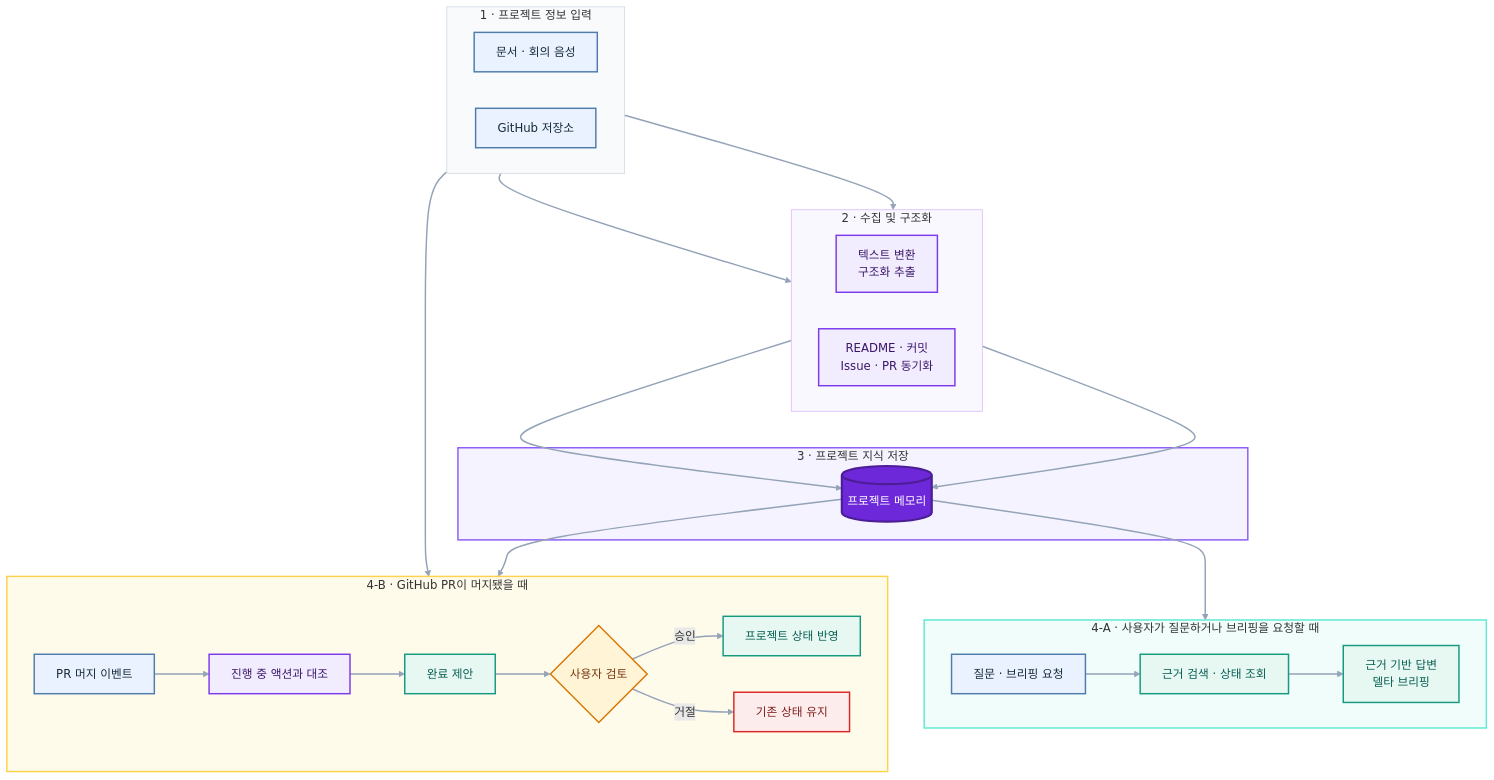
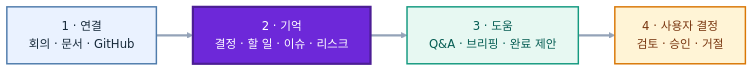
One commit to SKNETWORKS-FAMILY-AICAMP/SKN30-4th-1Team changed the first of 2 diagrams in README.md. Above: the diagram before and after it, drawn with Mermaid. The commit also changed other lines of this file, not shown here.

Commit message:
docs: distinguish product flow from AI architecture

````diff
--- a/README.md
+++ b/README.md
@@ -90,70 +90,20 @@
 ```mermaid
-flowchart TB
-    subgraph Sources["1 · 프로젝트 정보 입력"]
-        direction LR
-        DOC["문서 · 회의 음성"]
-        GH["GitHub 저장소"]
-    end
+flowchart LR
+    CONNECT["1 · 연결<br/>회의 · 문서 · GitHub"]
+    REMEMBER["2 · 기억<br/>결정 · 할 일 · 이슈 · 리스크"]
+    ASSIST["3 · 도움<br/>Q&A · 브리핑 · 완료 제안"]
+    DECIDE["4 · 사용자 결정<br/>검토 · 승인 · 거절"]
 
-    subgraph Processing["2 · 수집 및 구조화"]
-        direction LR
-        EXTRACT["텍스트 변환<br/>구조화 추출"]
-        SYNC["README · 커밋<br/>Issue · PR 동기화"]
-    end
+    CONNECT --> REMEMBER --> ASSIST --> DECIDE
 
-    subgraph Knowledge["3 · 프로젝트 지식 저장"]
-        MEMORY[("프로젝트 메모리")]
-    end
+    classDef connect fill:#EAF2FF,stroke:#4F7CAC,color:#172A3A,stroke-width:2px
+    classDef remember fill:#6D28D9,stroke:#4C1D95,color:#FFFFFF,stroke-width:3px
+    classDef assist fill:#E7F8F2,stroke:#159A80,color:#075E54,stroke-width:2px
+    classDef decide fill:#FFF4D6,stroke:#D97706,color:#78350F,stroke-width:2px
 
-    DOC --> EXTRACT
-    GH --> SYNC
-    EXTRACT --> MEMORY
-    SYNC --> MEMORY
-
-    subgraph QAFlow["4-A · 사용자가 질문하거나 브리핑을 요청할 때"]
-        direction LR
-        REQUEST["질문 · 브리핑 요청"]
-        QNA["근거 검색 · 상태 조회"]
-        RESPONSE["근거 기반 답변<br/>델타 브리핑"]
-    end
-
-    REQUEST --> QNA --> RESPONSE
-    MEMORY --> QNA
-
-    subgraph ReconcileFlow["4-B · GitHub PR이 머지됐을 때"]
-        direction LR
-        MERGED["PR 머지 이벤트"]
-        MATCH["진행 중 액션과 대조"]
-        SUGGEST["완료 제안"]
-        REVIEW{"사용자 검토"}
-        APPLY["프로젝트 상태 반영"]
-        REJECT["기존 상태 유지"]
-    end
-
-    GH --> MERGED
-    MEMORY --> MATCH
-    MERGED --> MATCH --> SUGGEST --> REVIEW
-    REVIEW -->|승인| APPLY
-    REVIEW -->|거절| REJECT
-
-    classDef source fill:#EAF2FF,stroke:#4F7CAC,color:#172A3A,stroke-width:2px
-    classDef process fill:#F2ECFF,stroke:#7C3AED,color:#3B1768,stroke-width:2px
-    classDef core fill:#6D28D9,stroke:#4C1D95,color:#FFFFFF,stroke-width:3px
-    classDef outcome fill:#E7F8F2,stroke:#159A80,color:#075E54,stroke-width:2px
-    classDef review fill:#FFF4D6,stroke:#D97706,color:#78350F,stroke-width:2px
-    classDef reject fill:#FDECEC,stroke:#DC2626,color:#7F1D1D,stroke-width:2px
-
-    class DOC,GH,REQUEST,MERGED source
-    class EXTRACT,SYNC,MATCH process
-    class MEMORY core
-    class QNA,RESPONSE,SUGGEST,APPLY outcome
-    class REVIEW review
-    class REJECT reject
-
-    style Sources fill:#F8FAFC,stroke:#CBD5E1,stroke-width:1px
-    style Processing fill:#FAF8FF,stroke:#D8B4FE,stroke-width:1px
-    style Knowledge fill:#F5F3FF,stroke:#8B5CF6,stroke-width:2px
-    style QAFlow fill:#F0FDFA,stroke:#5EEAD4,stroke-width:2px
-    style ReconcileFlow fill:#FFFBEB,stroke:#FCD34D,stroke-width:2px
-    linkStyle default stroke:#94A3B8,stroke-width:2px
+    class CONNECT connect
+    class REMEMBER remember
+    class ASSIST assist
+    class DECIDE decide
+    linkStyle default stroke:#94A3B8,stroke-width:3px
 ```
````
